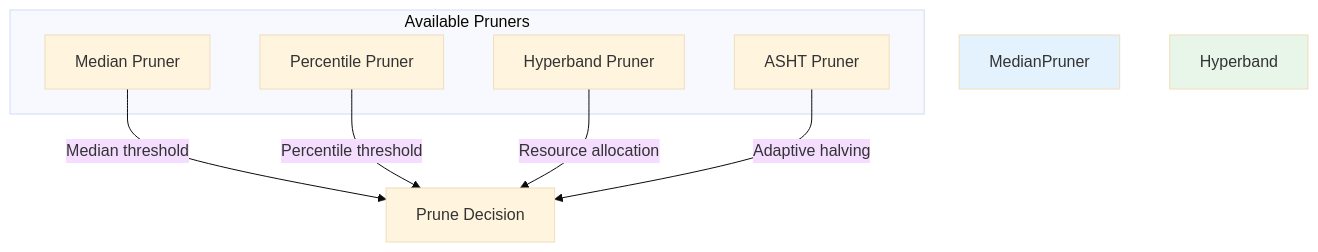
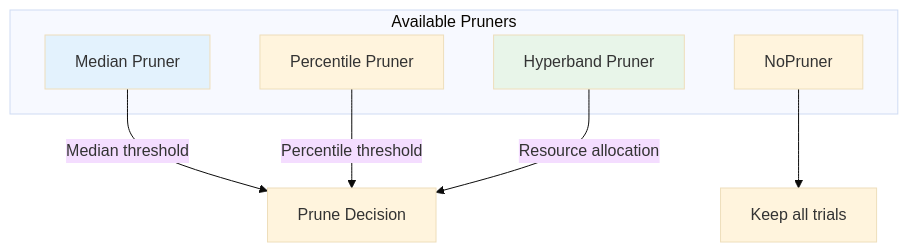
The second of 8 diagrams in plans/05-Model/03-Hyperparameter-Optimization/03-pruning-strategy.md (Evintkoo/2048-ml), drawn with Mermaid (base theme) before and after one commit. The commit also changed other lines of this file and 67 other files, not shown here.

````diff
--- a/plans/05-Model/03-Hyperparameter-Optimization/03-pruning-strategy.md
+++ b/plans/05-Model/03-Hyperparameter-Optimization/03-pruning-strategy.md
@@ -42,17 +43,16 @@
 ```mermaid
 flowchart TB
     subgraph "Available Pruners"
         A[Median Pruner]
         B[Percentile Pruner]
         C[Hyperband Pruner]
-        D[ASHT Pruner]
+        D[NoPruner]
     end
     
     A --> |Median threshold| Decision[Prune Decision]
     B --> |Percentile threshold| Decision
     C --> |Resource allocation| Decision
-    D --> |Adaptive halving| Decision
-    
-    style MedianPruner fill:#e3f2fd
-    style Hyperband fill:#e8f5e9
+    D --> Keep[Keep all trials]
+    style A fill:#e3f2fd
+    style C fill:#e8f5e9
 ```
````
